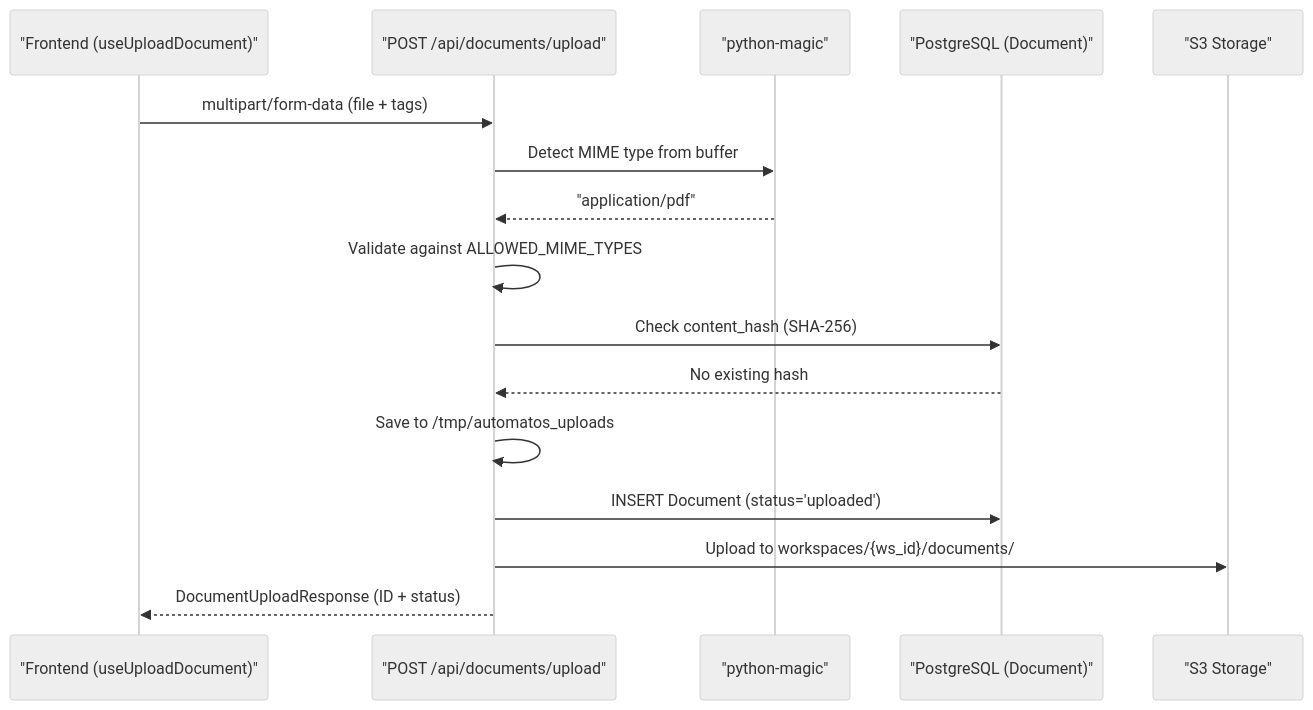
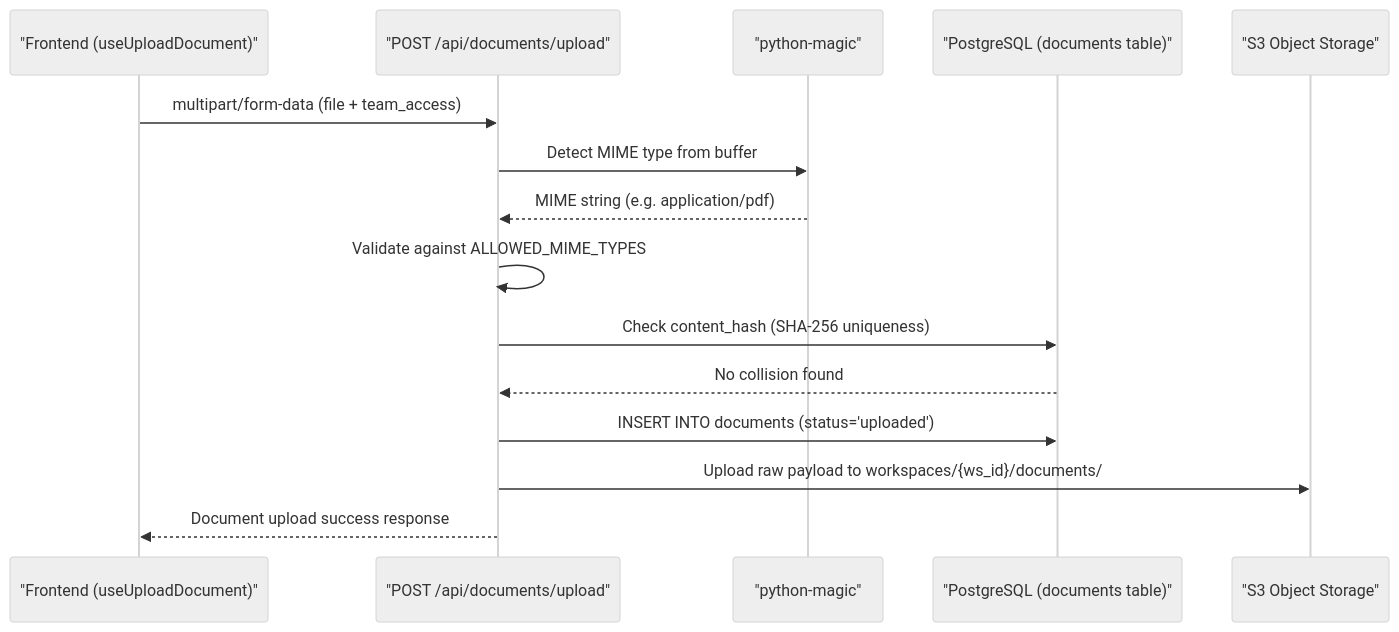
Before and after one commit to AutomatosAI/automatos-ai: the second of 5 diagrams in docs/knowledge-base-rag/document-management.md, drawn with Mermaid (neutral theme). The commit also changed other lines of this file and 191 other files, not shown here.

````diff
--- a/docs/knowledge-base-rag/document-management.md
+++ b/docs/knowledge-base-rag/document-management.md
@@ -129,19 +87,18 @@
 ```mermaid
 sequenceDiagram
     participant Client as "Frontend (useUploadDocument)"
     participant API as "POST /api/documents/upload"
     participant Magic as "python-magic"
-    participant DB as "PostgreSQL (Document)"
-    participant S3 as "S3 Storage"
+    participant DB as "PostgreSQL (documents table)"
+    participant S3 as "S3 Object Storage"
     
-    Client->>API: multipart/form-data (file + tags)
+    Client->>API: multipart/form-data (file + team_access)
     API->>Magic: Detect MIME type from buffer
-    Magic-->>API: "application/pdf"
+    Magic-->>API: MIME string (e.g. application/pdf)
     API->>API: Validate against ALLOWED_MIME_TYPES
-    API->>DB: Check content_hash (SHA-256)
-    DB-->>API: No existing hash
-    API->>API: Save to /tmp/automatos_uploads
-    API->>DB: INSERT Document (status='uploaded')
-    API->>S3: Upload to workspaces/{ws_id}/documents/
-    API-->>Client: DocumentUploadResponse (ID + status)
+    API->>DB: Check content_hash (SHA-256 uniqueness)
+    DB-->>API: No collision found
+    API->>DB: INSERT INTO documents (status='uploaded')
+    API->>S3: Upload raw payload to workspaces/{ws_id}/documents/
+    API-->>Client: Document upload success response
 ```
````
